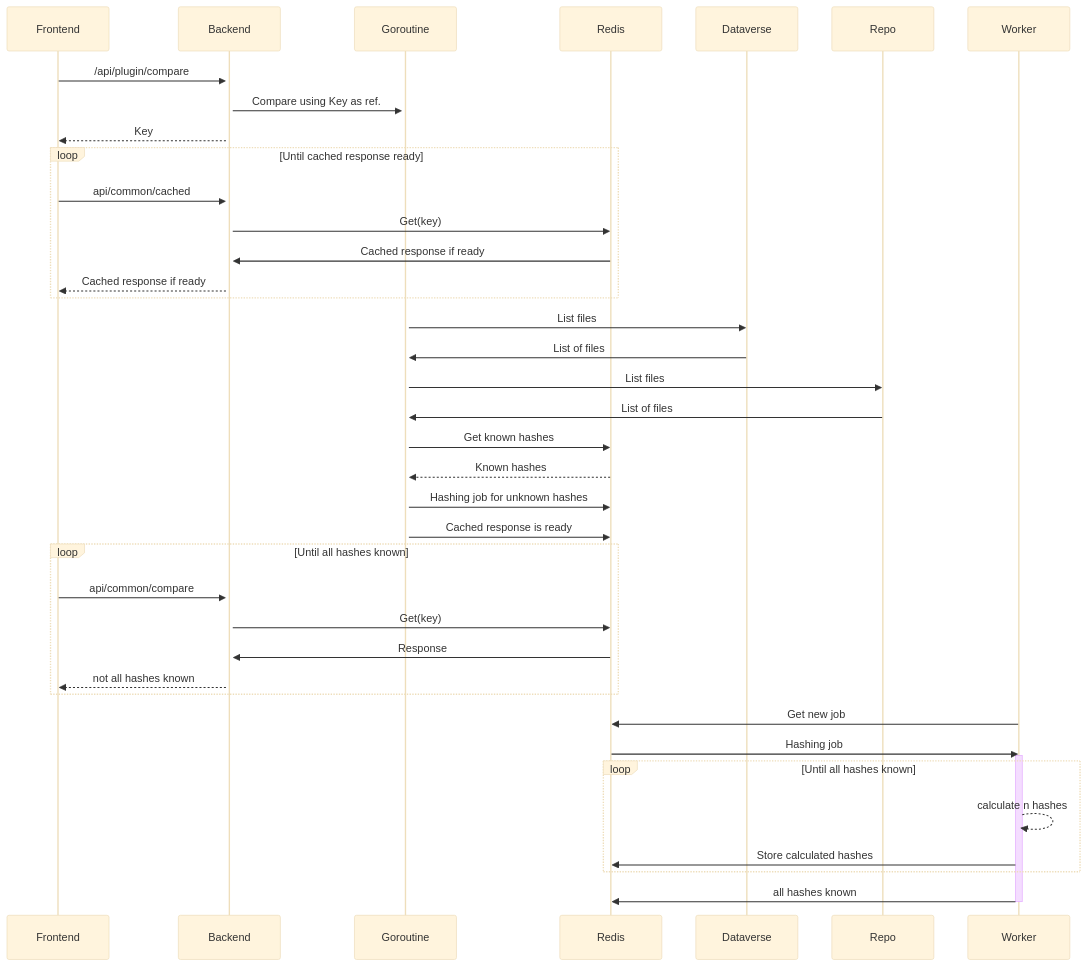
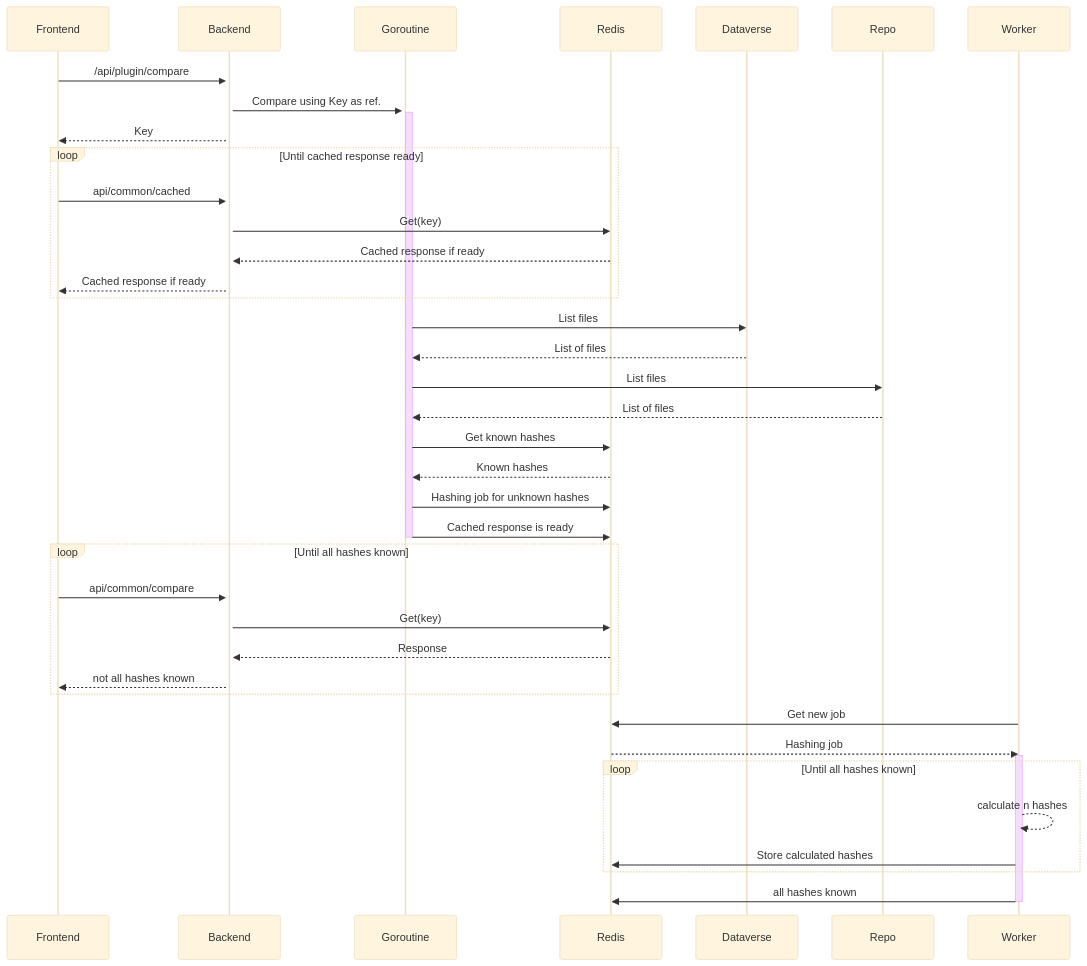
Before and after one commit to libis/rdm-integration: the second of 2 diagrams in README.md, drawn with Mermaid (base theme).

````diff
--- a/README.md
+++ b/README.md
@@ -47,35 +47,37 @@
 ```mermaid
 sequenceDiagram
     Frontend->>+Backend: /api/plugin/compare
     Backend->>+Goroutine: Compare using Key as ref.
+    activate Goroutine
     Backend-->>Frontend: Key
     loop Until cached response ready
     	Frontend->>Backend: api/common/cached
 	Backend->>Redis: Get(key)
-	Redis->>Backend: Cached response if ready
+	Redis-->>Backend: Cached response if ready
         Backend-->>Frontend: Cached response if ready
     end
     Goroutine->>Dataverse: List files
-    Dataverse->>Goroutine: List of files
+    Dataverse-->>Goroutine: List of files
     Goroutine->>Repo: List files
-    Repo->>Goroutine: List of files
+    Repo-->>Goroutine: List of files
     Goroutine->>Redis: Get known hashes
     Redis-->>Goroutine: Known hashes
     Goroutine->>Redis: Hashing job for unknown hashes
     Goroutine->>Redis: Cached response is ready
+    deactivate Goroutine
     loop Until all hashes known
     	Frontend->>Backend: api/common/compare
 	Backend->>Redis: Get(key)
-	Redis->>Backend: Response
+	Redis-->>Backend: Response
         Backend-->>Frontend: not all hashes known
     end
     Worker->>Redis: Get new job
-    Redis->>Worker: Hashing job
+    Redis-->>Worker: Hashing job
     activate Worker
     loop Until all hashes known
     	Worker-->>Worker: calculate n hashes
 	Worker->>Redis: Store calculated hashes
     end
     Worker->>Redis: all hashes known
     deactivate Worker
 ```
````
